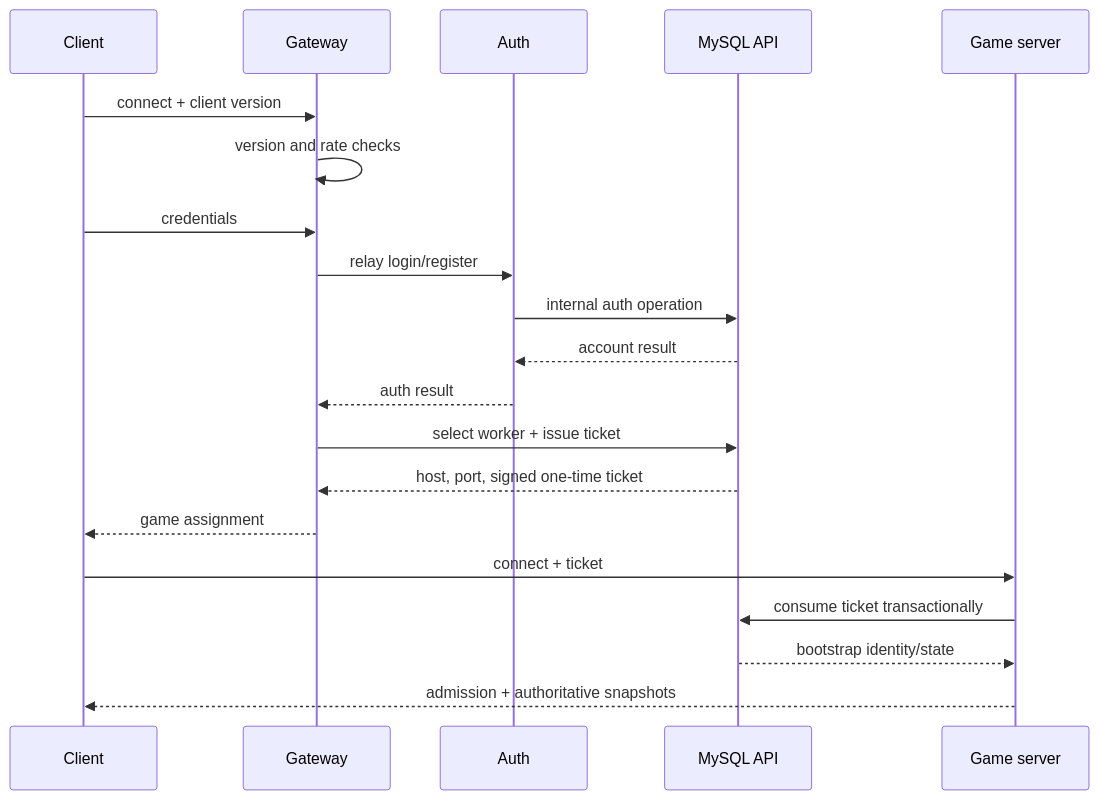
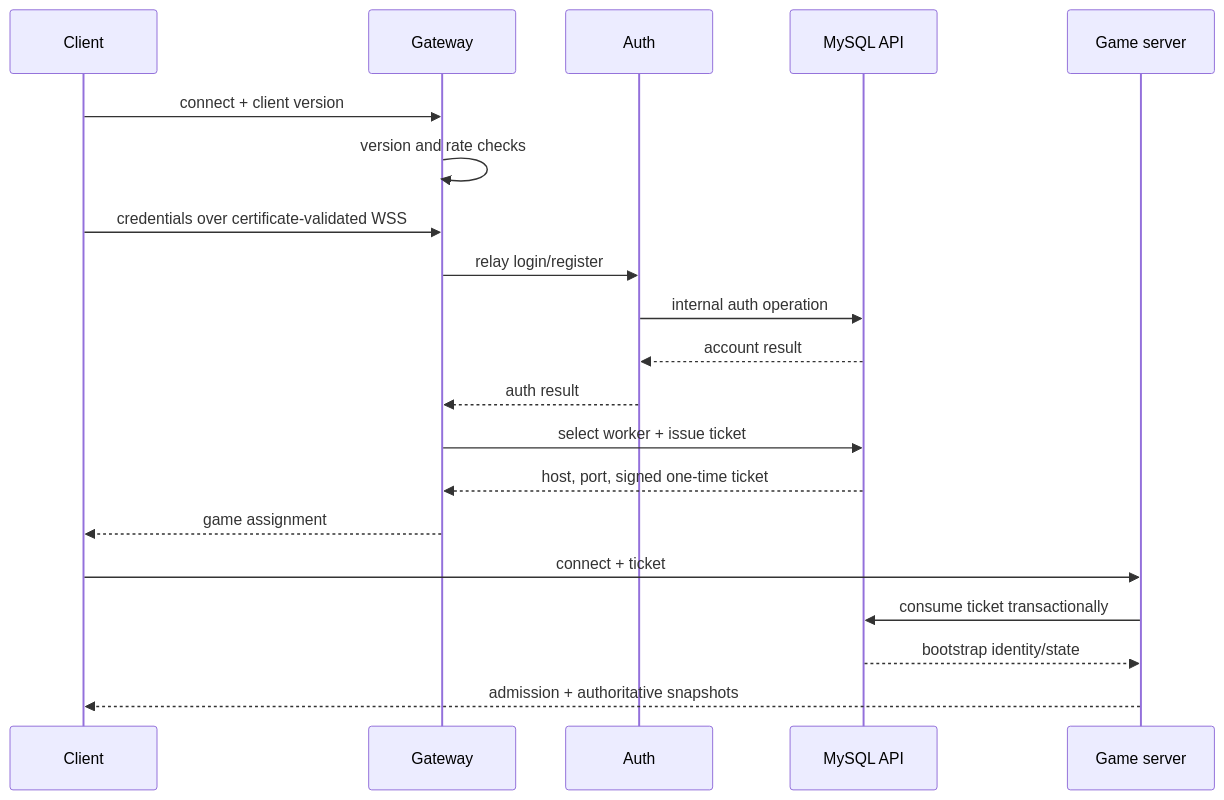
The second of 4 diagrams in ai/SERVER_ARCHITECTURE.md (DatamoonWorld/datamoon-online-agent), drawn with Mermaid before and after one commit. The commit also changed other lines of this file and 8 other files, not shown here.

````diff
--- a/ai/SERVER_ARCHITECTURE.md
+++ b/ai/SERVER_ARCHITECTURE.md
@@ -292,22 +292,22 @@
 ```mermaid
 sequenceDiagram
     participant C as Client
     participant G as Gateway
     participant A as Auth
     participant P as MySQL API
     participant S as Game server
     C->>G: connect + client version
     G->>G: version and rate checks
-    C->>G: credentials
+    C->>G: credentials over certificate-validated WSS
     G->>A: relay login/register
     A->>P: internal auth operation
     P-->>A: account result
     A-->>G: auth result
     G->>P: select worker + issue ticket
     P-->>G: host, port, signed one-time ticket
     G-->>C: game assignment
     C->>S: connect + ticket
     S->>P: consume ticket transactionally
     P-->>S: bootstrap identity/state
     S-->>C: admission + authoritative snapshots
 ```
````
